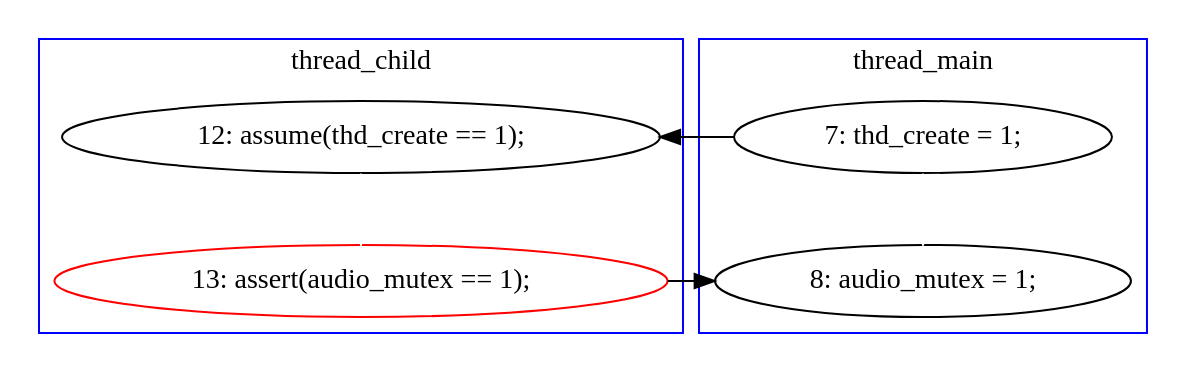
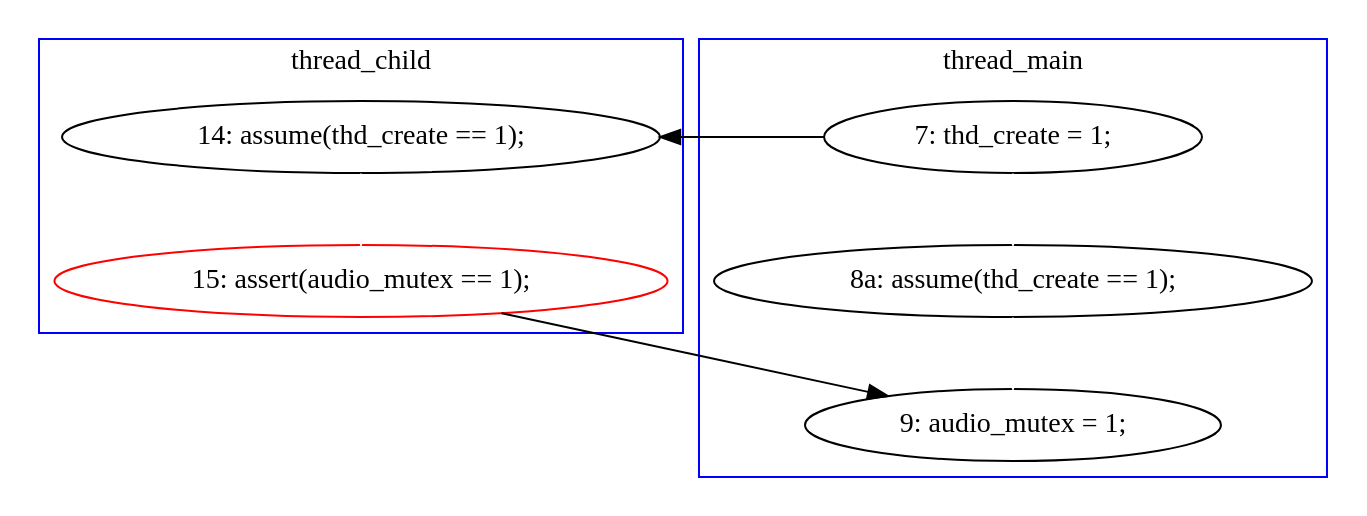
Before and after one commit to hylhp/cav14-model: the diagram in zsnes.mixed/B-1-graph-gen.dot, drawn with Graphviz. The commit also changed 19 other files, not shown here.

```diff
--- a/zsnes.mixed/B-1-graph-gen.dot
+++ b/zsnes.mixed/B-1-graph-gen.dot
@@ -1,18 +1,20 @@
 digraph Counterexample {
-	7 -> 8 [color = white, style = solid]
-	8 -> 9 [color = black, style = solid, constraint = false]
-	5 -> 7 [color = black, style = solid, constraint = false]
-	5 -> 9 [color = white, style = solid]
+	9 -> 10 [color = white, style = solid]
+	11 -> 14 [color = white, style = solid]
+	10 -> 14 [color = black, style = solid, constraint = false]
+	7 -> 11 [color = white, style = solid]
+	7 -> 9 [color = black, style = solid, constraint = false]
+	subgraph cluster2 {
+		label = thread_child
+		color = blue
+		9  [label = "14: assume(thd_create == 1);"]
+		10  [label = "15: assert(audio_mutex == 1);", color = red]
+	}
 	subgraph cluster1 {
 		label = thread_main
 		color = blue
-		9  [label = "8: audio_mutex = 1;"]
-		5  [label = "7: thd_create = 1;"]
-	}
-	subgraph cluster2 {
-		label = thread_child
-		color = blue
-		8  [label = "13: assert(audio_mutex == 1);", color = red]
-		7  [label = "12: assume(thd_create == 1);"]
+		7  [label = "7: thd_create = 1;"]
+		11  [label = "8a: assume(thd_create == 1);"]
+		14  [label = "9: audio_mutex = 1;"]
 	}
 }
```
